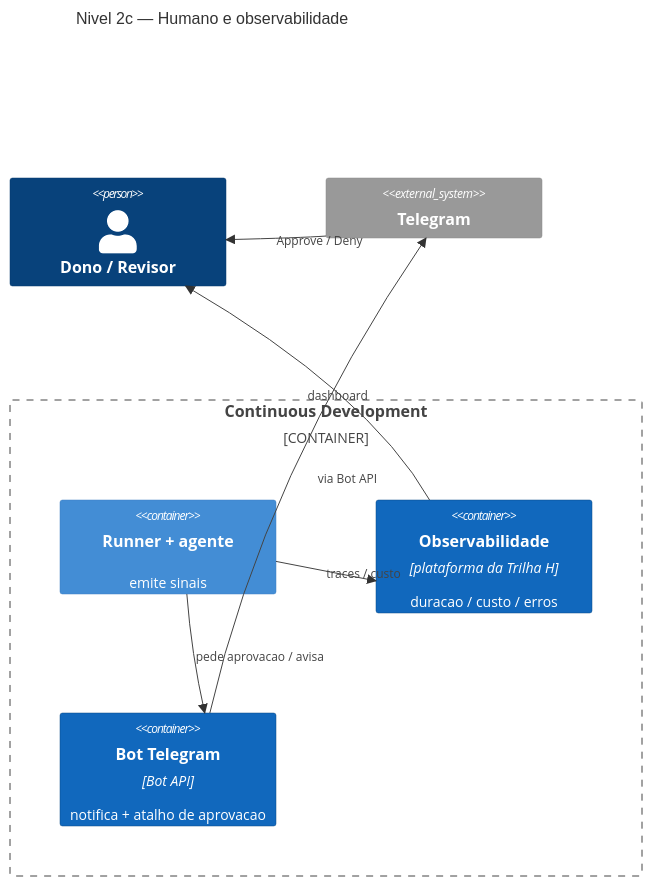
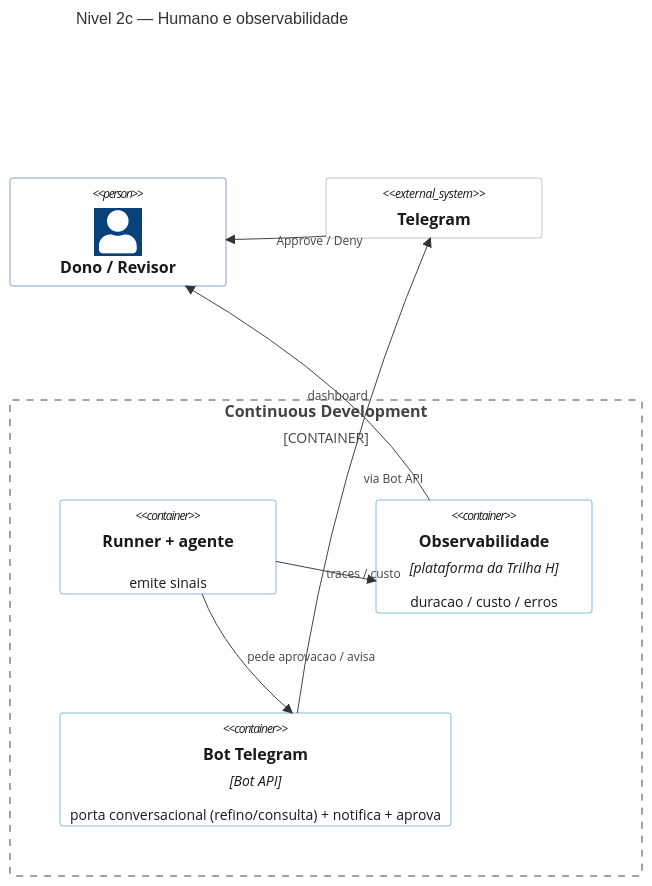
One commit to CenturyBoys/roboto changed the fourth of 10 diagrams in research/ARCHITECTURE-C4.md. Above: the diagram before and after it, drawn with Mermaid. The commit also changed other lines of this file and 1 other file, not shown here.

First line of the commit message:
docs(research): C4 rev5 (fundo bege/legivel) + Telegram como porta conversacional

````diff
--- a/research/ARCHITECTURE-C4.md
+++ b/research/ARCHITECTURE-C4.md
@@ -88,19 +101,23 @@
 ```mermaid
+%%{init: {'theme':'base', 'themeVariables': {'background':'#FBF3DE'}}}%%
 C4Container
   title Nivel 2c — Humano e observabilidade
   Person(dono, "Dono / Revisor")
   System_Ext(tg, "Telegram")
   Container_Boundary(cd, "Continuous Development") {
     Container(runner, "Runner + agente", "", "emite sinais")
     Container(obs, "Observabilidade", "plataforma da Trilha H", "duracao / custo / erros")
-    Container(tgbot, "Bot Telegram", "Bot API", "notifica + atalho de aprovacao")
+    Container(tgbot, "Bot Telegram", "Bot API", "porta conversacional (refino/consulta) + notifica + aprova")
   }
   Rel(runner, obs, "traces / custo")
   Rel(runner, tgbot, "pede aprovacao / avisa")
   Rel(tgbot, tg, "via Bot API")
   Rel(tg, dono, "Approve / Deny")
   Rel(obs, dono, "dashboard")
-  UpdateElementStyle(obs, $bgColor="#1168BD", $fontColor="#ffffff", $borderColor="#0B4884")
-  UpdateElementStyle(tgbot, $bgColor="#1168BD", $fontColor="#ffffff", $borderColor="#0B4884")
+  UpdateElementStyle(dono, $bgColor="#FFFFFF", $fontColor="#1A1A1A", $borderColor="#08427B")
+  UpdateElementStyle(tg, $bgColor="#FFFFFF", $fontColor="#1A1A1A", $borderColor="#8A8A8A")
+  UpdateElementStyle(runner, $bgColor="#FFFFFF", $fontColor="#1A1A1A", $borderColor="#1168BD")
+  UpdateElementStyle(obs, $bgColor="#FFFFFF", $fontColor="#1A1A1A", $borderColor="#1168BD")
+  UpdateElementStyle(tgbot, $bgColor="#FFFFFF", $fontColor="#1A1A1A", $borderColor="#1168BD")
   UpdateLayoutConfig($c4ShapeInRow="3", $c4BoundaryInRow="1")
 ```
````
